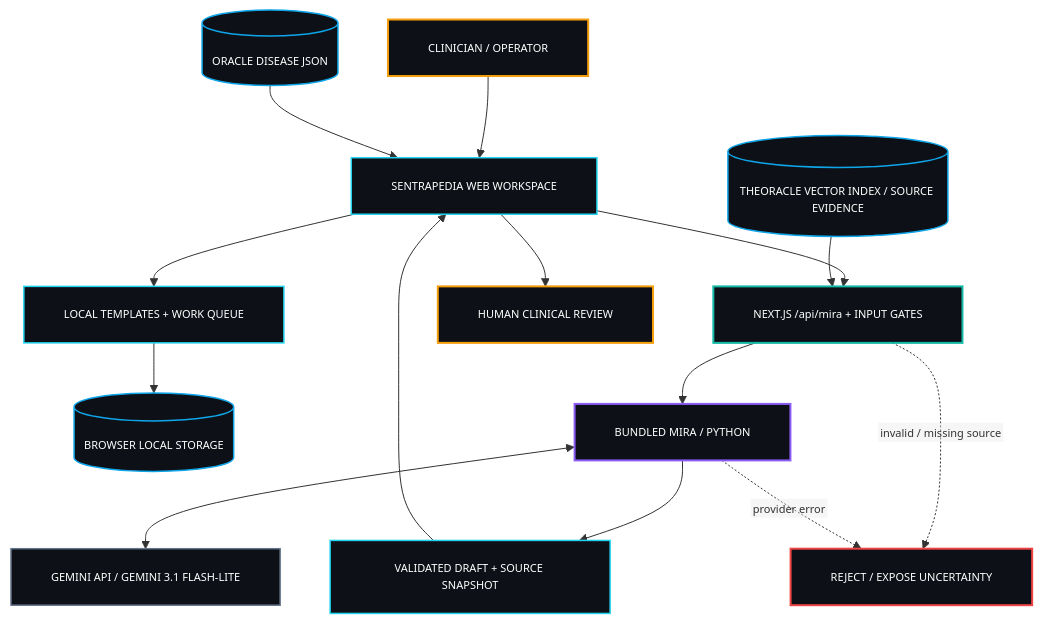
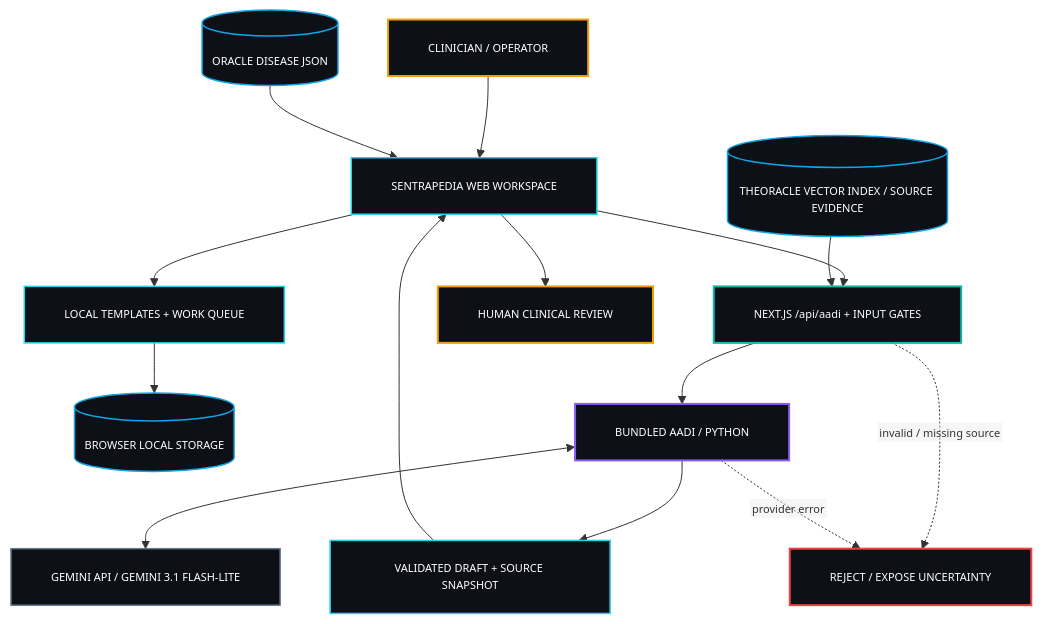
The first of 4 diagrams in projects/healthcare/sentrapedia/README.md (drferdi/Monorepo-safrs), drawn with Mermaid before and after one commit. The commit also changed other lines of this file and 287 other files, not shown here.

First line of the commit message:
wip: rename MIRA to AADI; doctor-flow composer (checkpoint)

````diff
--- a/projects/healthcare/sentrapedia/README.md
+++ b/projects/healthcare/sentrapedia/README.md
@@ -126,43 +126,43 @@
 ```mermaid
 %%{init: {"flowchart": {"htmlLabels": false, "padding": 20}, "themeVariables": {"fontFamily": "monospace", "fontSize": "11px"}}}%%
 flowchart TB
   HUMAN["CLINICIAN / OPERATOR"]
   UI["SENTRAPEDIA WEB WORKSPACE"]
   LOCAL["LOCAL TEMPLATES + WORK QUEUE"]
   STORE[("BROWSER LOCAL STORAGE")]
   CATALOG[("ORACLE DISEASE JSON")]
-  GATE["NEXT.JS /api/mira + INPUT GATES"]
+  GATE["NEXT.JS /api/aadi + INPUT GATES"]
   SOURCE[("THEORACLE VECTOR INDEX / SOURCE EVIDENCE")]
-  MIRA["BUNDLED MIRA / PYTHON"]
+  AADI["BUNDLED AADI / PYTHON"]
   PROVIDER["GEMINI API / GEMINI 3.1 FLASH-LITE"]
   DRAFT["VALIDATED DRAFT + SOURCE SNAPSHOT"]
   REVIEW["HUMAN CLINICAL REVIEW"]
   FAIL["REJECT / EXPOSE UNCERTAINTY"]
 
   HUMAN --> UI --> LOCAL --> STORE
   CATALOG --> UI
   UI --> GATE
   SOURCE --> GATE
-  GATE --> MIRA
-  MIRA <--> PROVIDER
-  MIRA --> DRAFT --> UI
+  GATE --> AADI
+  AADI <--> PROVIDER
+  AADI --> DRAFT --> UI
   UI --> REVIEW
   GATE -. invalid / missing source .-> FAIL
-  MIRA -. provider error .-> FAIL
+  AADI -. provider error .-> FAIL
 
   classDef authority fill:#0D1117,stroke:#F59E0B,color:#FFFFFF,stroke-width:2px;
   classDef core fill:#0D1117,stroke:#5B8CFF,color:#FFFFFF,stroke-width:2px;
   classDef surface fill:#0D1117,stroke:#22D3EE,color:#FFFFFF,stroke-width:1.5px;
   classDef agent fill:#0D1117,stroke:#8B5CF6,color:#FFFFFF,stroke-width:2px;
   classDef control fill:#0D1117,stroke:#14B8A6,color:#FFFFFF,stroke-width:2px;
   classDef data fill:#0D1117,stroke:#0EA5E9,color:#FFFFFF,stroke-width:1.5px;
   classDef shared fill:#0D1117,stroke:#64748B,color:#FFFFFF,stroke-width:1.5px;
   classDef danger fill:#0D1117,stroke:#EF4444,color:#FFFFFF,stroke-width:2px;
   class HUMAN,REVIEW authority;
   class UI,LOCAL,DRAFT surface;
   class GATE control;
-  class MIRA agent;
+  class AADI agent;
   class CATALOG,STORE,SOURCE data;
   class PROVIDER shared;
   class FAIL danger;
 ```
````
